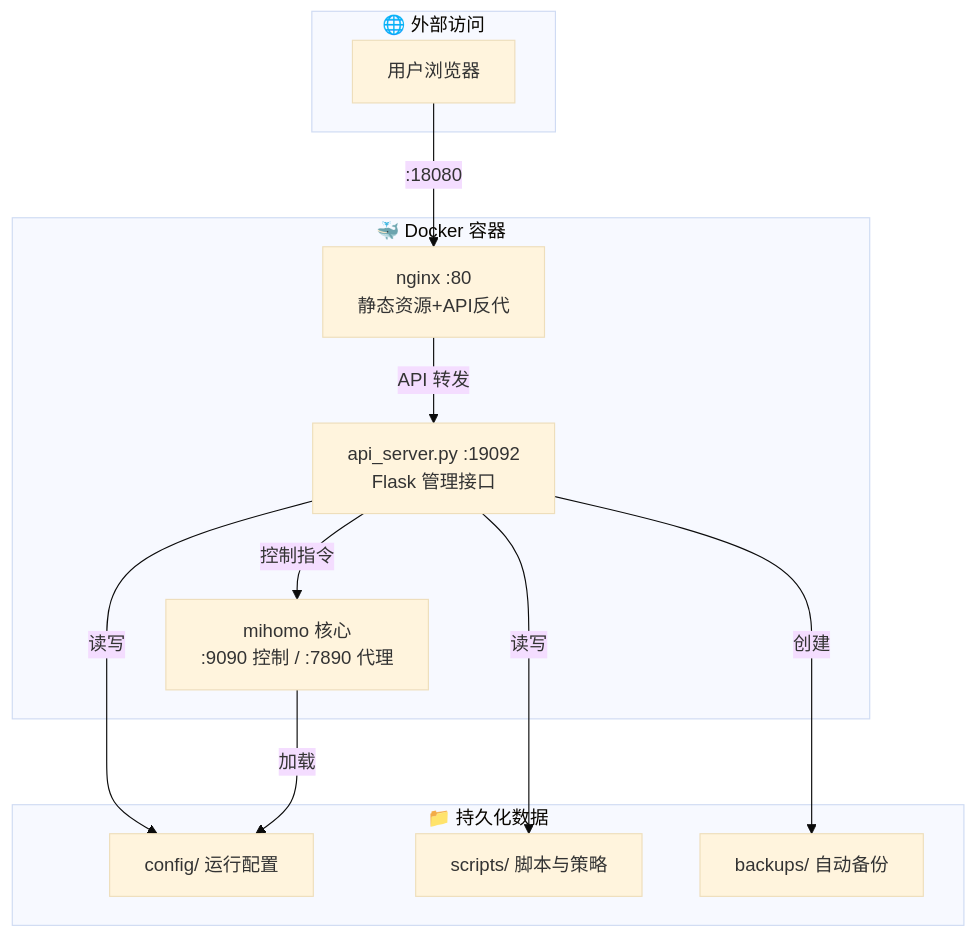
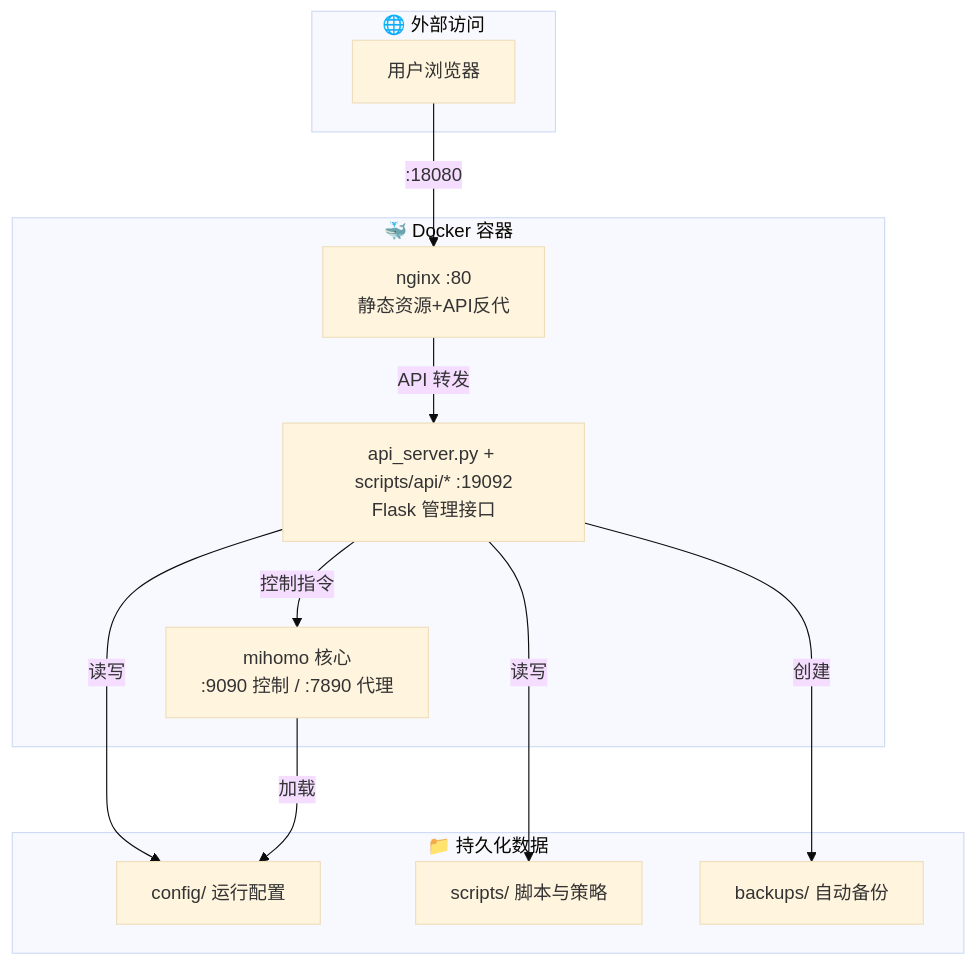
Before and after one commit to lim12137/clash-web: the diagram in README.md, drawn with Mermaid (base theme). The commit also changed other lines of this file and 24 other files, not shown here.

````diff
--- a/README.md
+++ b/README.md
@@ -69,26 +69,26 @@
 ```mermaid
 graph TB
     subgraph "🌐 外部访问"
         User[用户浏览器]
     end
 
     subgraph "🐳 Docker 容器"
         Nginx[nginx :80<br/>静态资源+API反代]
-        API[api_server.py :19092<br/>Flask 管理接口]
+        API[api_server.py + scripts/api/* :19092<br/>Flask 管理接口]
         Mihomo[mihomo 核心<br/>:9090 控制 / :7890 代理]
     end
 
     subgraph "📁 持久化数据"
         Config[config/ 运行配置]
         Scripts[scripts/ 脚本与策略]
         Backups[backups/ 自动备份]
     end
 
     User -->|:18080| Nginx
     Nginx -->|API 转发| API
     API -->|控制指令| Mihomo
     API -->|读写| Config
     API -->|读写| Scripts
     API -->|创建| Backups
     Mihomo -->|加载| Config
 ```
````
